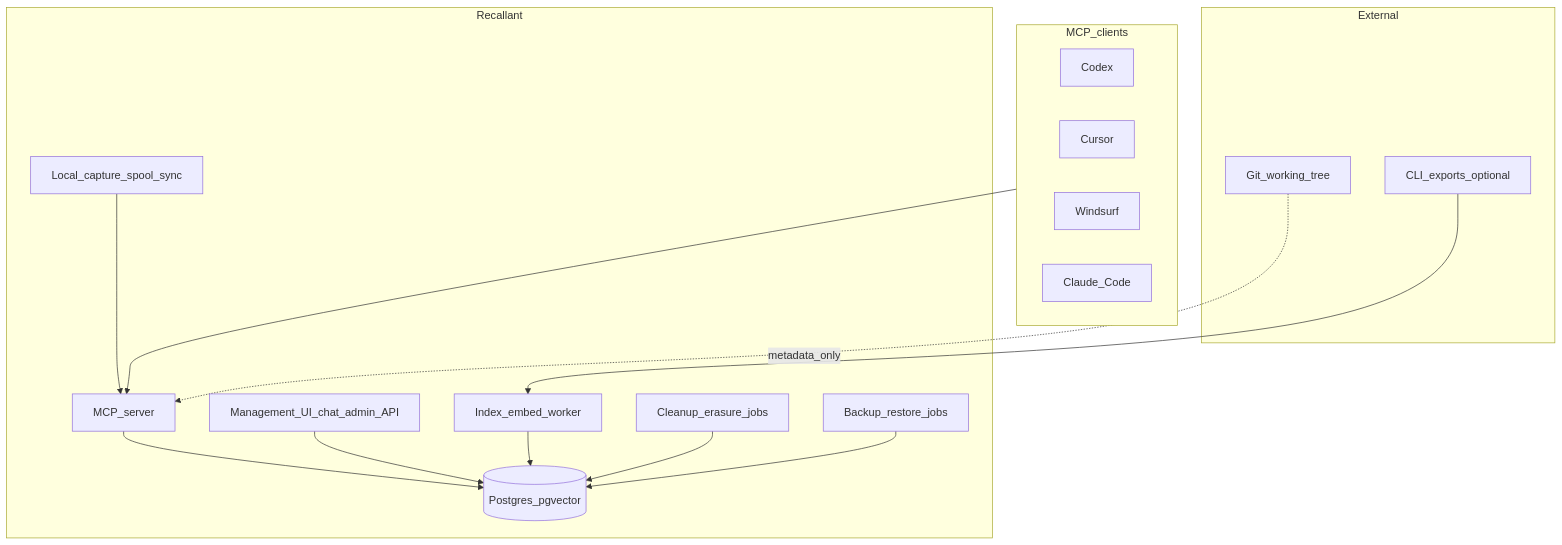
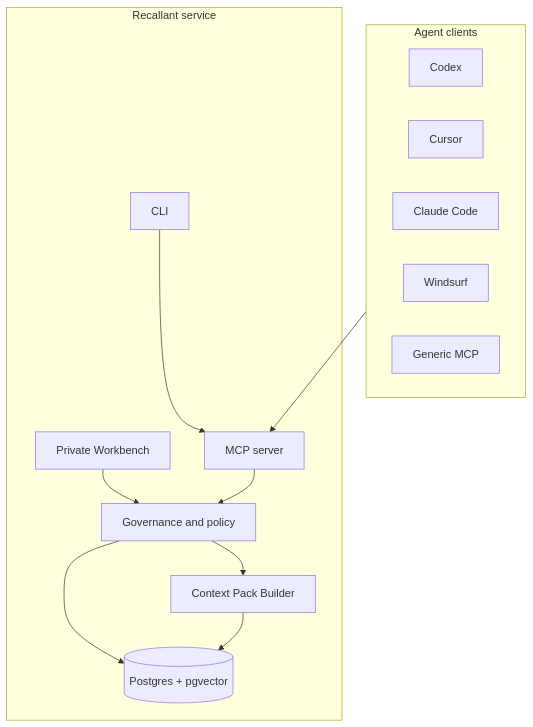
One commit to Mushkrot/Recallant changed the diagram in docs/ARCHITECTURE.md. Above: the diagram before and after it, drawn with Mermaid. The commit also changed other lines of this file and 160 other files, not shown here.

````diff
--- a/docs/ARCHITECTURE.md
+++ b/docs/ARCHITECTURE.md
@@ -71,30 +9,27 @@
 ```mermaid
 flowchart TB
-  subgraph clients [MCP_clients]
+  subgraph Clients["Agent clients"]
     Codex
     Cursor
+    Claude["Claude Code"]
     Windsurf
-    ClaudeCode[Claude_Code]
+    Generic["Generic MCP"]
   end
-  subgraph recallant [Recallant]
-    MCP[MCP_server]
-    Spool[Local_capture_spool_sync]
-    UI[Management_UI_chat_admin_API]
-    Worker[Index_embed_worker]
-    Cleanup[Cleanup_erasure_jobs]
-    Backup[Backup_restore_jobs]
-    MCP --> Store[(Postgres_pgvector)]
-    Spool --> MCP
-    Worker --> Store
-    Cleanup --> Store
-    UI --> Store
-    Backup --> Store
+
+  subgraph Recallant["Recallant service"]
+    CLI["CLI"]
+    MCP["MCP server"]
+    Workbench["Private Workbench"]
+    Policy["Governance and policy"]
+    Context["Context Pack Builder"]
+    Store[(Postgres + pgvector)]
   end
-  subgraph external [External]
-    GitRepo[Git_working_tree]
-    Exports[CLI_exports_optional]
-  end
-  clients --> MCP
-  Exports --> Worker
-  GitRepo -.->|"metadata_only"| MCP
+
+  Clients --> MCP
+  CLI --> MCP
+  Workbench --> Policy
+  MCP --> Policy
+  Policy --> Context
+  Policy --> Store
+  Context --> Store
 ```
````
